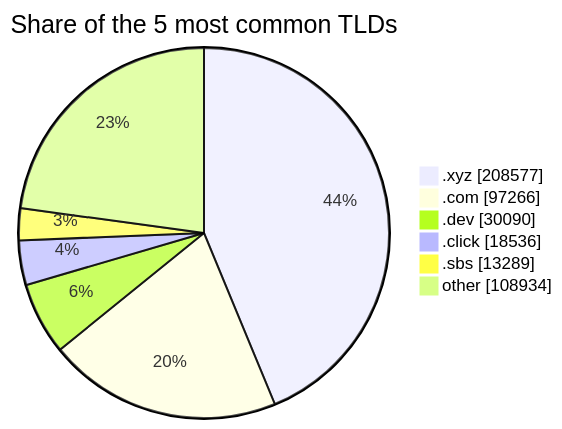
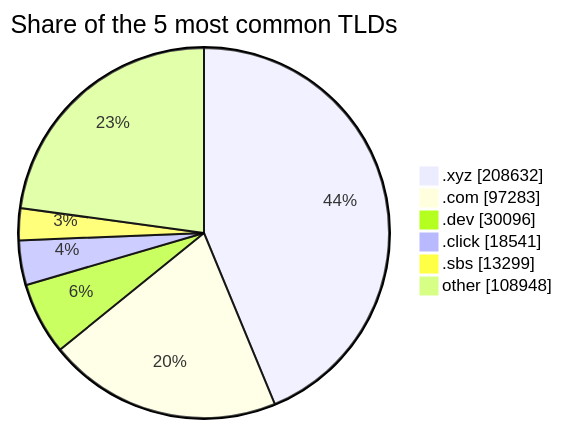
The third of 3 diagrams in README.md (DNSBunker/CTI), drawn with Mermaid before and after one commit. The commit also changed other lines of this file and 3 other files, not shown here.

````diff
--- a/README.md
+++ b/README.md
@@ -81,9 +81,9 @@
 ```mermaid
 pie showData title Share of the 5 most common TLDs
-    ".xyz" : 208577
-    ".com" : 97266
-    ".dev" : 30090
-    ".click" : 18536
-    ".sbs" : 13289
-    "other" : 108934
+    ".xyz" : 208632
+    ".com" : 97283
+    ".dev" : 30096
+    ".click" : 18541
+    ".sbs" : 13299
+    "other" : 108948
 ```
````
